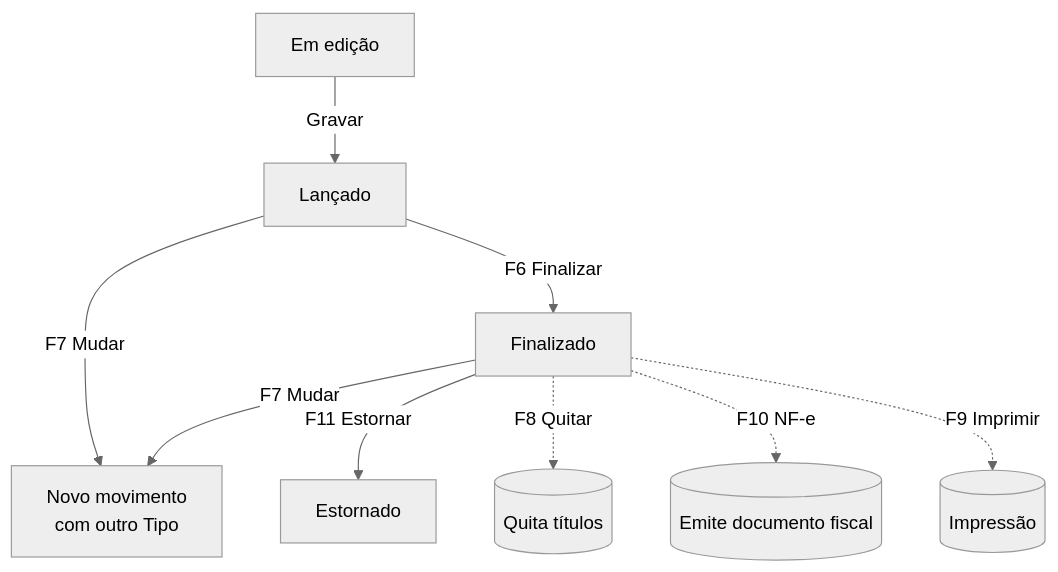
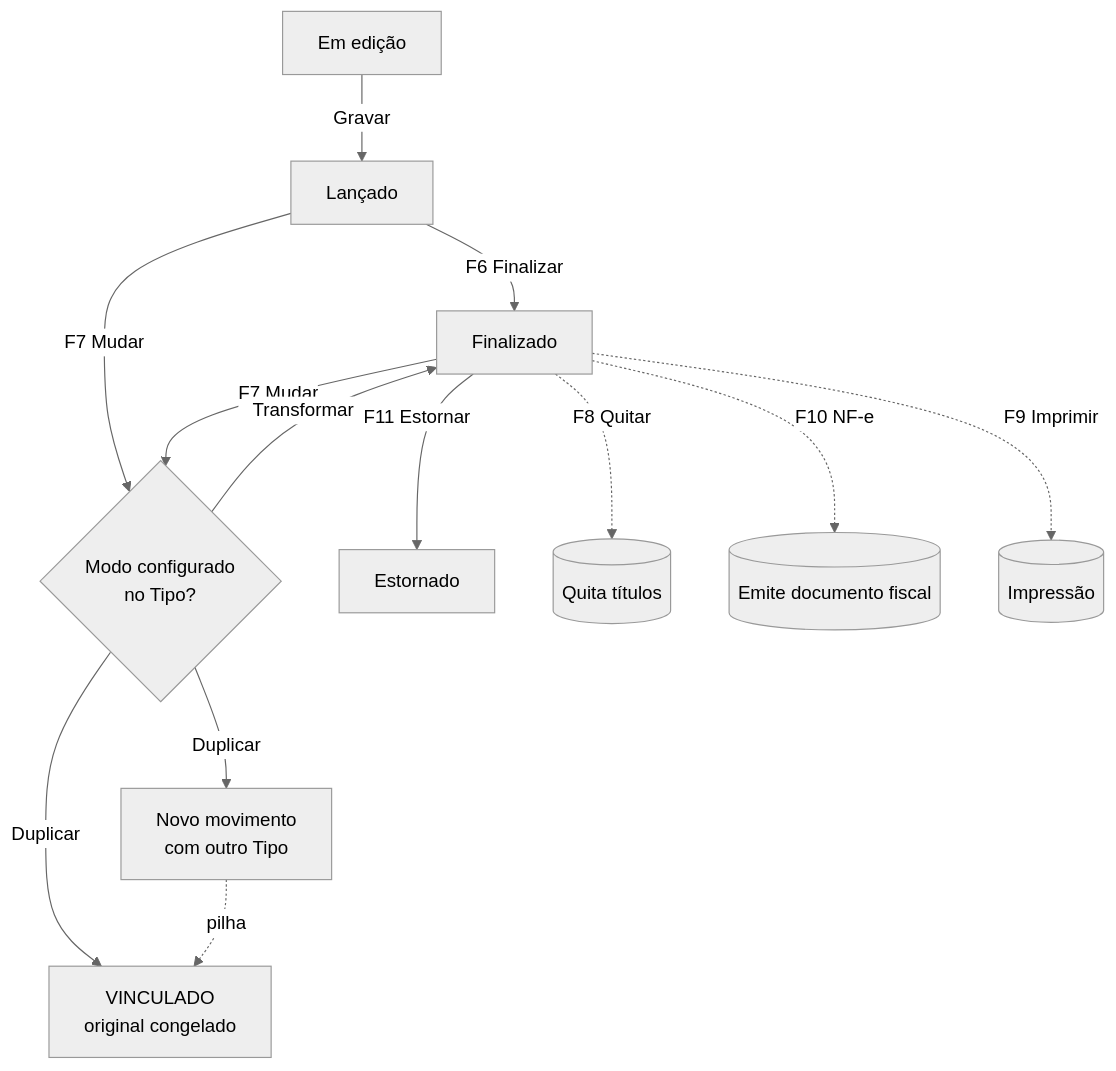
The diagram in Movimentacao/Movimentos/documentacao_movimentos.md (hetosoft/documentacao-solnet), drawn with Mermaid (neutral theme) before and after one commit. The commit also changed other lines of this file and 5 other files, not shown here.

First line of the commit message:
docs(movimentacao): distingue Mudar Transformar vs Duplicar e adiciona status VINCULADO

````diff
--- a/Movimentacao/Movimentos/documentacao_movimentos.md
+++ b/Movimentacao/Movimentos/documentacao_movimentos.md
@@ -80,11 +80,15 @@
 ```mermaid
 flowchart TD
   E[Em edição] -->|Gravar| L[Lançado]
   L -->|F6 Finalizar| F[Finalizado]
-  L -->|F7 Mudar| M[Novo movimento<br/>com outro Tipo]
-  F -->|F7 Mudar| M
+  L -->|F7 Mudar| D{Modo configurado<br/>no Tipo?}
+  F -->|F7 Mudar| D
+  D -->|Transformar| F
+  D -->|Duplicar| N[Novo movimento<br/>com outro Tipo]
+  D -->|Duplicar| V[VINCULADO<br/>original congelado]
+  N -. pilha .-> V
   F -->|F11 Estornar| X[Estornado]
   F -. F8 Quitar .-> Q[(Quita títulos)]
   F -. F10 NF-e .-> NF[(Emite documento fiscal)]
   F -. F9 Imprimir .-> P[(Impressão)]
 ```
````
